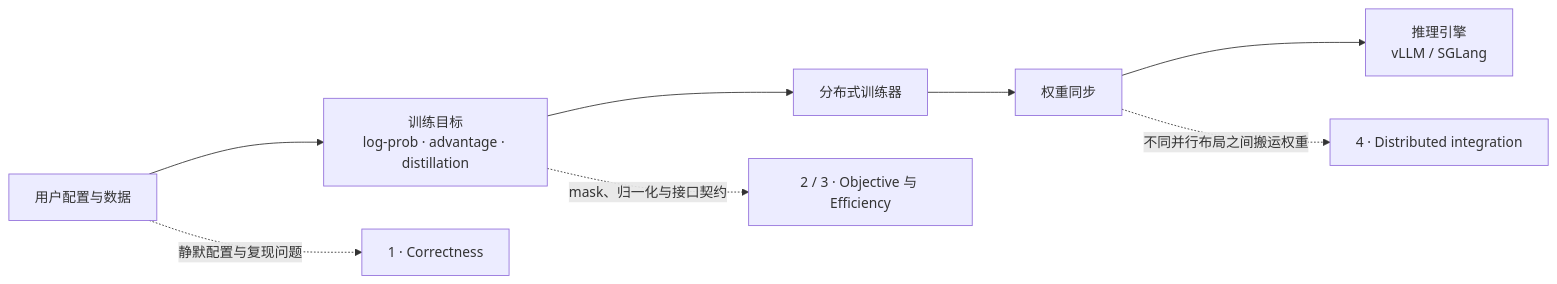
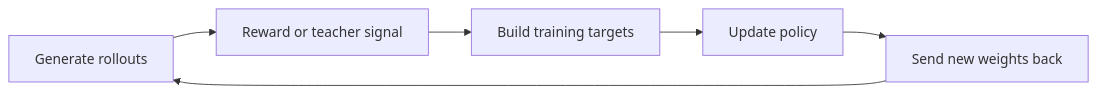
The first of 3 diagrams in open-source/nemo-rl/README.md (tianyi-zhang-02/cooking-agi), drawn with Mermaid before and after one commit. The commit also changed other lines of this file and 89 other files, not shown here.

````diff
--- a/open-source/nemo-rl/README.md
+++ b/open-source/nemo-rl/README.md
@@ -15,10 +52,8 @@
 ```mermaid
 flowchart LR
-    A["用户配置与数据"] --> B["训练目标<br/>log-prob · advantage · distillation"]
-    B --> C["分布式训练器"]
-    C --> D["权重同步"]
-    D --> E["推理引擎<br/>vLLM / SGLang"]
-    A -. "静默配置与复现问题" .-> P1["1 · Correctness"]
-    B -. "mask、归一化与接口契约" .-> P2["2 / 3 · Objective 与 Efficiency"]
-    D -. "不同并行布局之间搬运权重" .-> P3["4 · Distributed integration"]
+    A["Generate rollouts"] --> B["Reward or teacher signal"]
+    B --> C["Build training targets"]
+    C --> D["Update policy"]
+    D --> E["Send new weights back"]
+    E --> A
 ```
````
